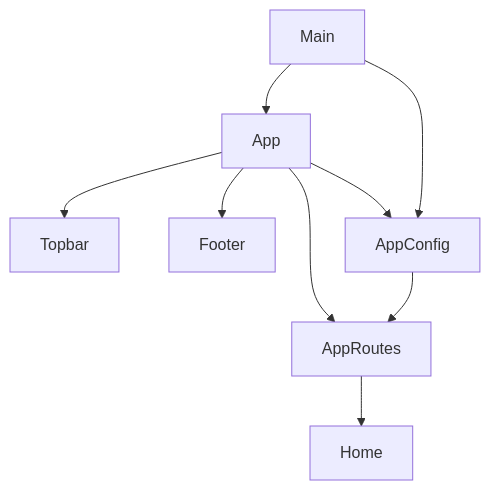
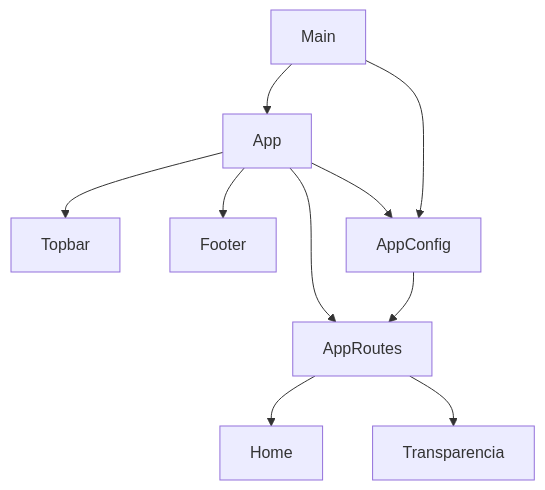
The diagram in docs/GRAPH.md (lancastmx/POC_admin_migala), drawn with Mermaid before and after one commit. The commit also changed other lines of this file and 23 other files, not shown here.

````diff
--- a/docs/GRAPH.md
+++ b/docs/GRAPH.md
@@ -7,19 +7,21 @@
 ```mermaid
 graph TD
   comp-001[App]
   comp-002[Topbar]
   comp-003[Footer]
   comp-004[Home]
+  comp-005[Transparencia]
   cfg-001[AppConfig]
   cfg-002[AppRoutes]
   entry-001[Main]
 
   comp-001 --> comp-002
   comp-001 --> comp-003
   comp-001 --> cfg-001
   comp-001 --> cfg-002
   cfg-001 --> cfg-002
   cfg-002 --> comp-004
+  cfg-002 --> comp-005
   entry-001 --> comp-001
   entry-001 --> cfg-001
 ```
````
